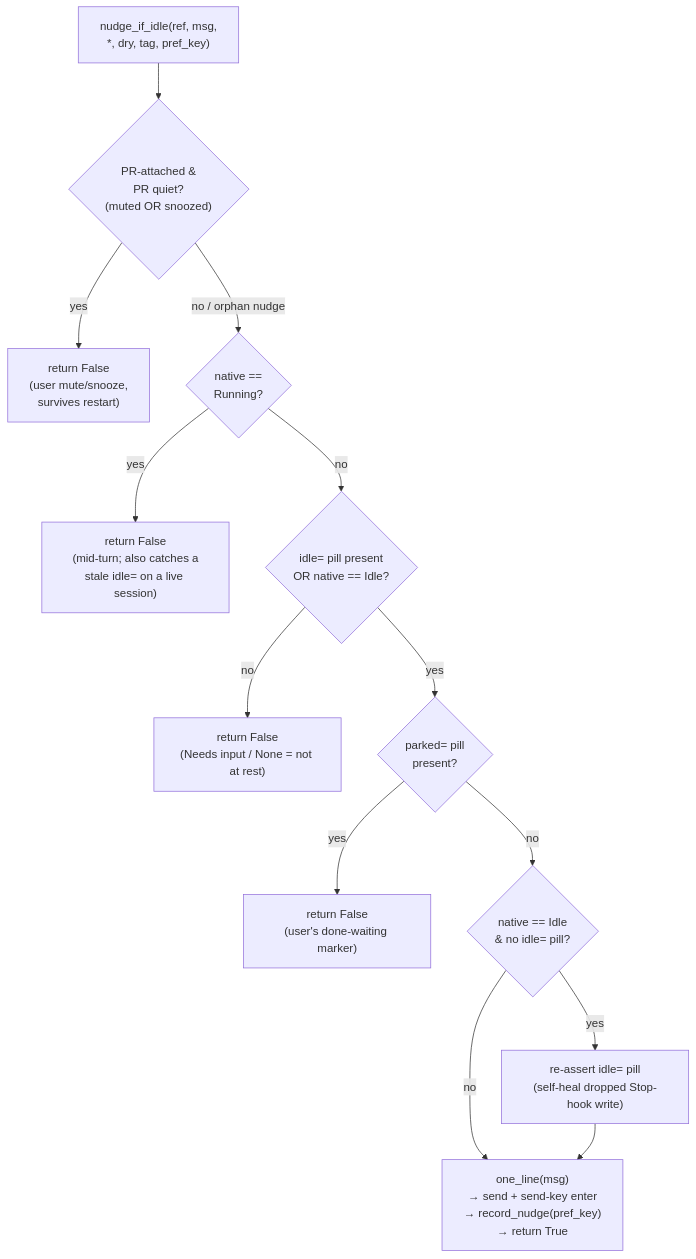
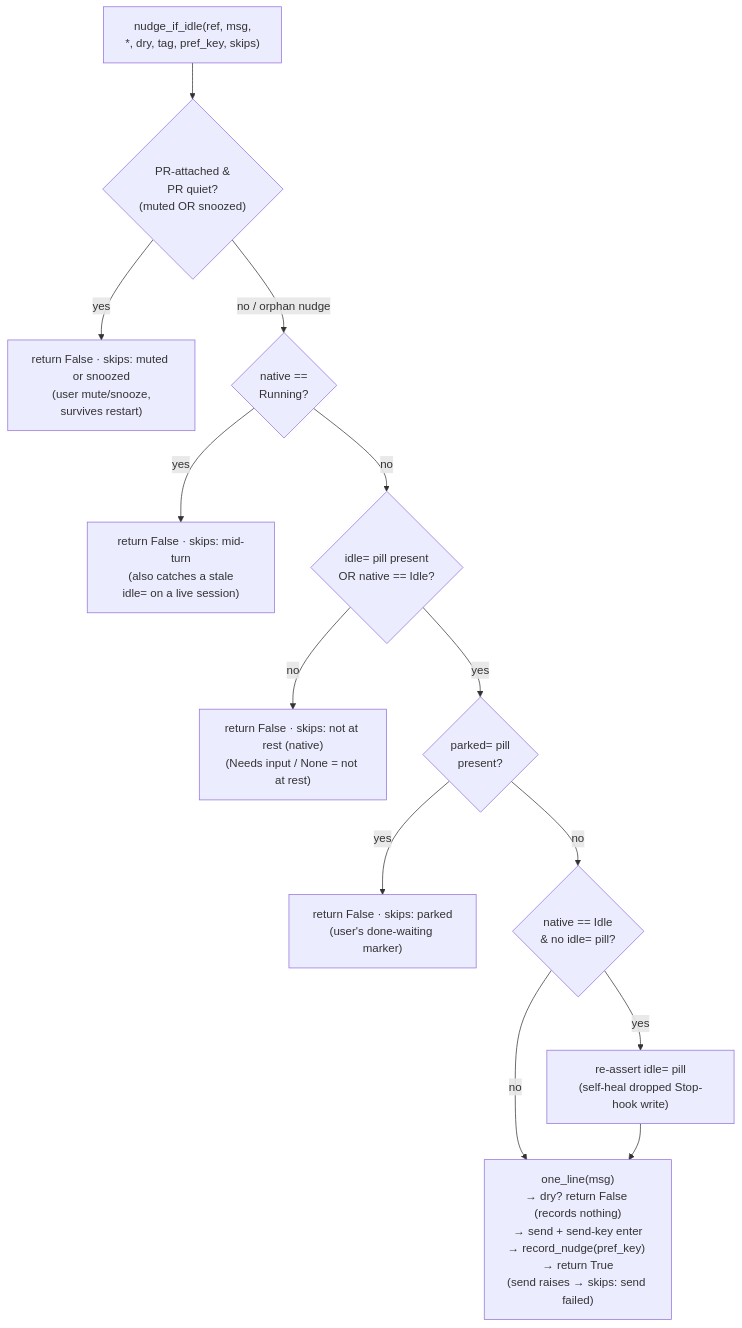
The fourth of 5 diagrams in docs/state-machine.md (khivi/cockpit), drawn with Mermaid before and after one commit. The commit also changed other lines of this file, not shown here.

First line of the commit message:
docs: record the nudge-gate skip reasons in the state-machine diagram (#385)

````diff
--- a/docs/state-machine.md
+++ b/docs/state-machine.md
@@ -338,19 +338,19 @@
 ```mermaid
 flowchart TD
-  IN["nudge_if_idle(ref, msg,<br/>*, dry, tag, pref_key)"] --> G1{"PR-attached &<br/>PR quiet?<br/>(muted OR snoozed)"}
-  G1 -->|yes| F1["return False<br/>(user mute/snooze,<br/>survives restart)"]
+  IN["nudge_if_idle(ref, msg,<br/>*, dry, tag, pref_key, skips)"] --> G1{"PR-attached &<br/>PR quiet?<br/>(muted OR snoozed)"}
+  G1 -->|yes| F1["return False · skips: muted or snoozed<br/>(user mute/snooze,<br/>survives restart)"]
   G1 -->|"no / orphan nudge"| G2{"native ==<br/>Running?"}
 
-  G2 -->|yes| F2["return False<br/>(mid-turn; also catches a<br/>stale idle= on a live session)"]
+  G2 -->|yes| F2["return False · skips: mid-turn<br/>(also catches a stale<br/>idle= on a live session)"]
   G2 -->|no| G3{"idle= pill present<br/>OR native == Idle?"}
 
-  G3 -->|no| F3["return False<br/>(Needs input / None = not at rest)"]
+  G3 -->|no| F3["return False · skips: not at rest (native)<br/>(Needs input / None = not at rest)"]
   G3 -->|yes| G4{"parked= pill<br/>present?"}
 
-  G4 -->|yes| F4["return False<br/>(user's done-waiting marker)"]
+  G4 -->|yes| F4["return False · skips: parked<br/>(user's done-waiting marker)"]
   G4 -->|no| HEAL{"native == Idle<br/>& no idle= pill?"}
 
   HEAL -->|yes| SELFHEAL["re-assert idle= pill<br/>(self-heal dropped Stop-hook write)"]
   HEAL -->|no| FIRE
-  SELFHEAL --> FIRE["one_line(msg)<br/>→ send + send-key enter<br/>→ record_nudge(pref_key)<br/>→ return True"]
+  SELFHEAL --> FIRE["one_line(msg)<br/>→ dry? return False (records nothing)<br/>→ send + send-key enter<br/>→ record_nudge(pref_key) → return True<br/>(send raises → skips: send failed)"]
 ```
````
